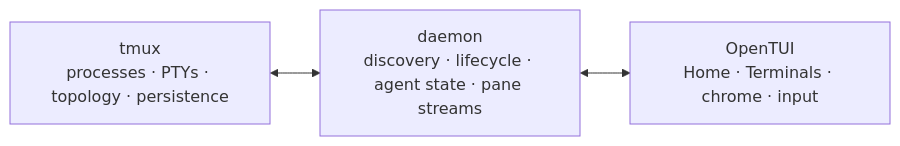
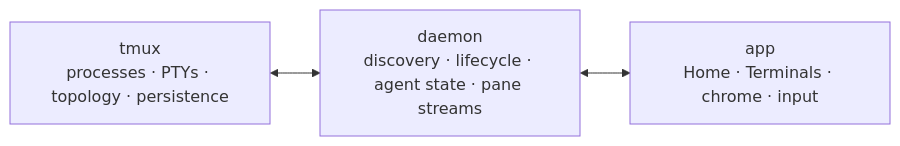
The diagram in README.md (wavyrai/tmux-ide), drawn with Mermaid before and after one commit. The commit also changed other lines of this file, not shown here.

````diff
--- a/README.md
+++ b/README.md
@@ -120,8 +126,8 @@
 ```mermaid
 flowchart LR
   T[tmux\nprocesses · PTYs · topology · persistence]
   D[daemon\ndiscovery · lifecycle · agent state · pane streams]
-  U[OpenTUI\nHome · Terminals · chrome · input]
+  U[app\nHome · Terminals · chrome · input]
   T <--> D
   D <--> U
 ```
````
